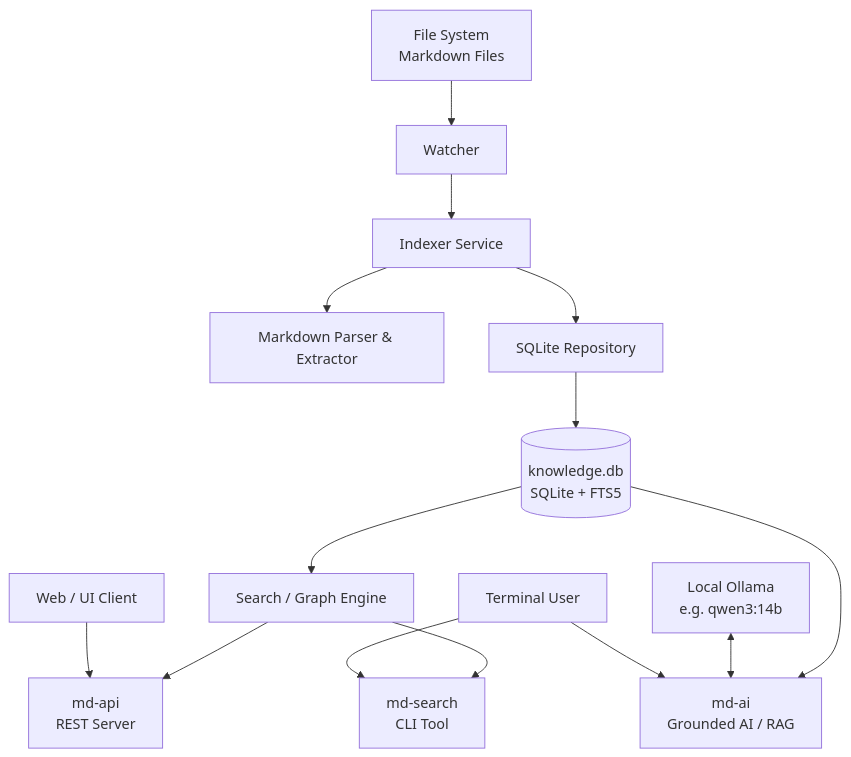
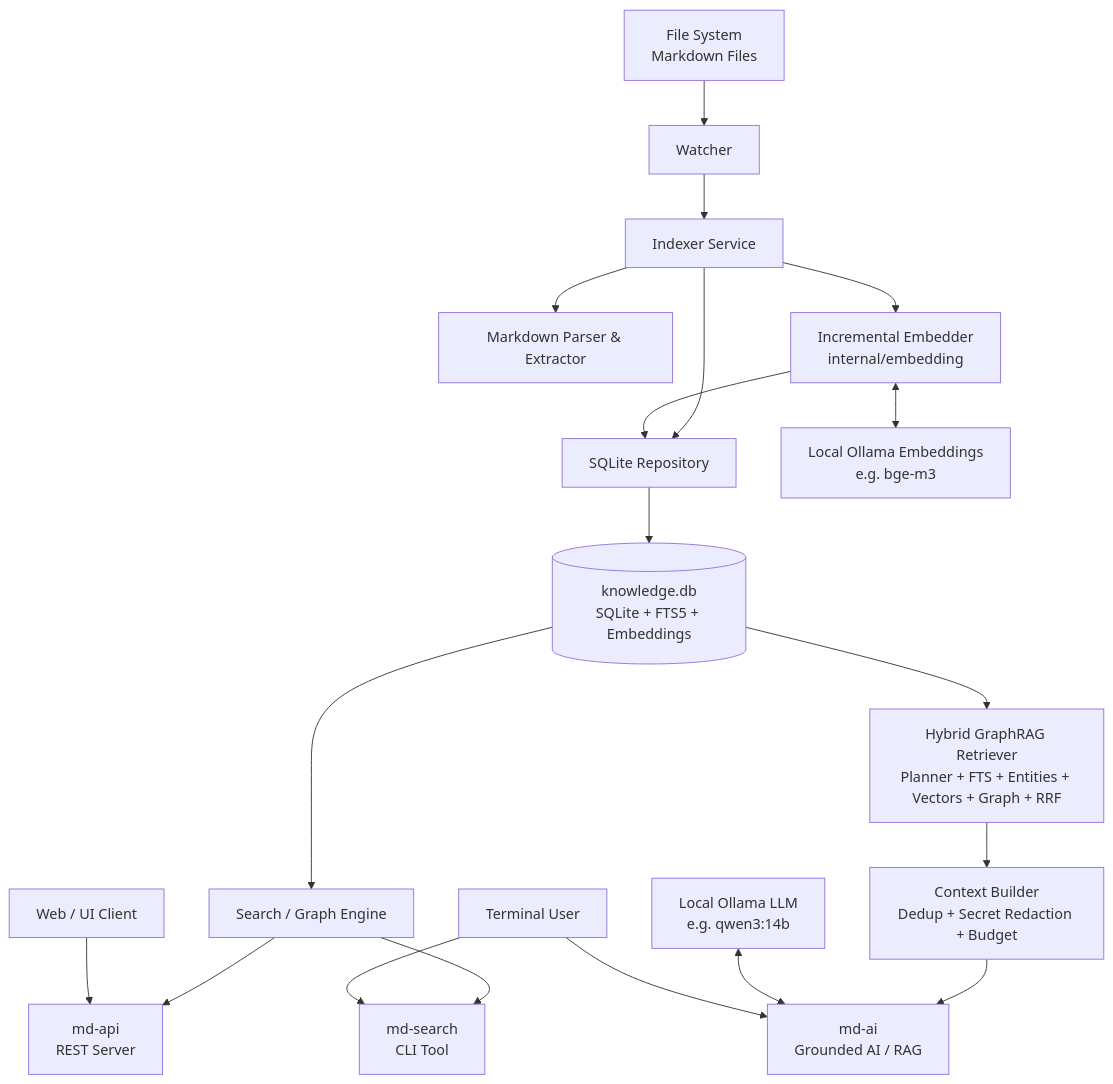
The second of 2 diagrams in README.md (Zheng-Bote/md_indexer-searcher), drawn with Mermaid before and after one commit. The commit also changed other lines of this file and 8 other files, not shown here.

Commit message:
feat(ai): YAML config loading, md-api AI flags, CPU context budget and GraphRAG documentation

````diff
--- a/README.md
+++ b/README.md
@@ -86,19 +95,24 @@
 ```mermaid
 graph TD
     FS[File System\nMarkdown Files] --> Watcher
     Watcher --> IndexerService[Indexer Service]
     IndexerService --> Parser[Markdown Parser & Extractor]
+    IndexerService --> Embedder[Incremental Embedder\ninternal/embedding]
     IndexerService --> Repo[SQLite Repository]
-    Repo --> DB[(knowledge.db\nSQLite + FTS5)]
+    Embedder <--> OllamaEmbed[Local Ollama Embeddings\ne.g. bge-m3]
+    Embedder --> Repo
+    Repo --> DB[(knowledge.db\nSQLite + FTS5 + Embeddings)]
     
     DB --> SearchEngine[Search / Graph Engine]
     SearchEngine --> API[md-api\nREST Server]
     SearchEngine --> CLI[md-search\nCLI Tool]
     
-    DB --> AIAssistant[md-ai\nGrounded AI / RAG]
-    Ollama[Local Ollama\ne.g. qwen3:14b] <--> AIAssistant
+    DB --> HybridRetriever[Hybrid GraphRAG Retriever\nPlanner + FTS + Entities + Vectors + Graph + RRF]
+    HybridRetriever --> ContextBuilder[Context Builder\nDedup + Secret Redaction + Budget]
+    ContextBuilder --> AIAssistant[md-ai\nGrounded AI / RAG]
+    Ollama[Local Ollama LLM\ne.g. qwen3:14b] <--> AIAssistant
 
     Client[Web / UI Client] --> API
     User[Terminal User] --> CLI
     User --> AIAssistant
 ```
````
